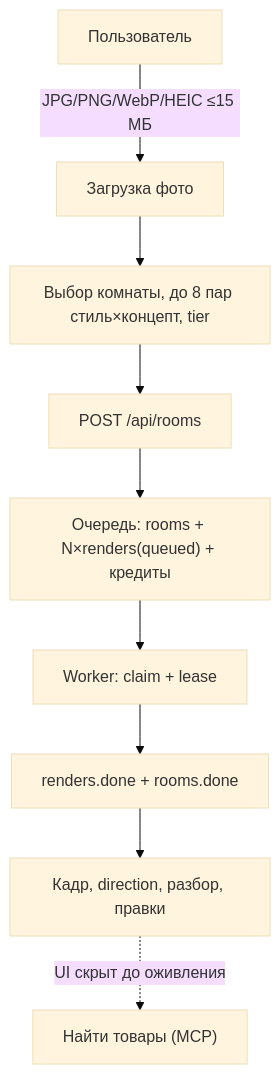
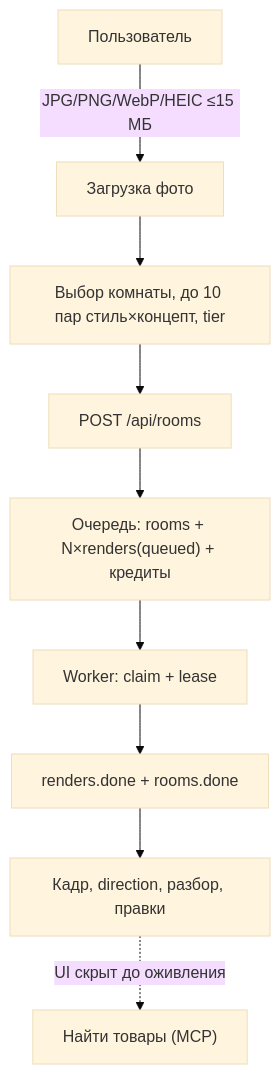
Before and after one commit to oblacko/remontvision: the first of 2 diagrams in docs/GENERATION-FLOW.md, drawn with Mermaid (base theme). The commit also changed other lines of this file and 6 other files, not shown here.

First line of the commit message:
docs: добить дрейф — MEMORY/GENERATION-FLOW/QUEUE-CAPACITY/RUNBOOK, advisory-слот и счётчики тестов в llms/STATUS

````diff
--- a/docs/GENERATION-FLOW.md
+++ b/docs/GENERATION-FLOW.md
@@ -7,11 +7,11 @@
 ```mermaid
 flowchart TD
   U["Пользователь"] -->|"JPG/PNG/WebP/HEIC ≤15 МБ"| UP["Загрузка фото"]
-  UP --> GEN["Выбор комнаты, до 8 пар стиль×концепт, tier"]
+  UP --> GEN["Выбор комнаты, до 10 пар стиль×концепт, tier"]
   GEN --> API["POST /api/rooms"]
   API --> Q["Очередь: rooms + N×renders(queued) + кредиты"]
   Q --> W["Worker: claim + lease"]
   W --> DONE["renders.done + rooms.done"]
   DONE --> RESULT["Кадр, direction, разбор, правки"]
   RESULT -.->|"UI скрыт до оживления"| PROC["Найти товары (MCP)"]
 ```
````
